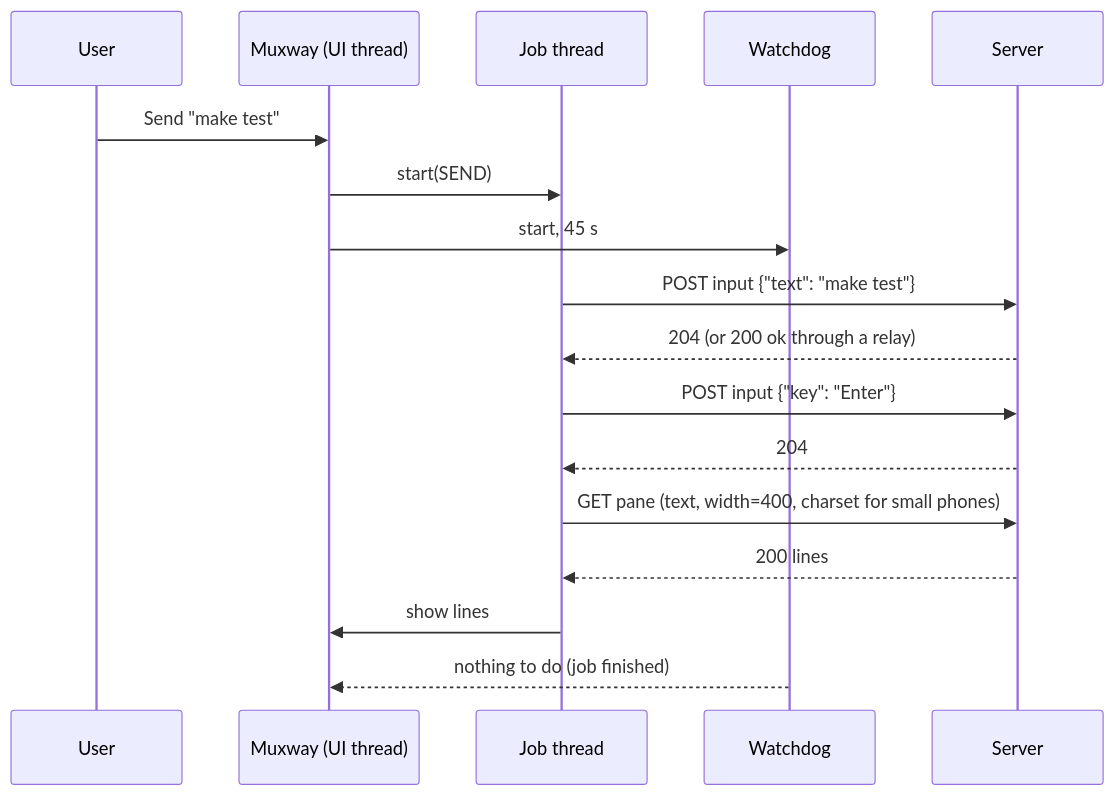
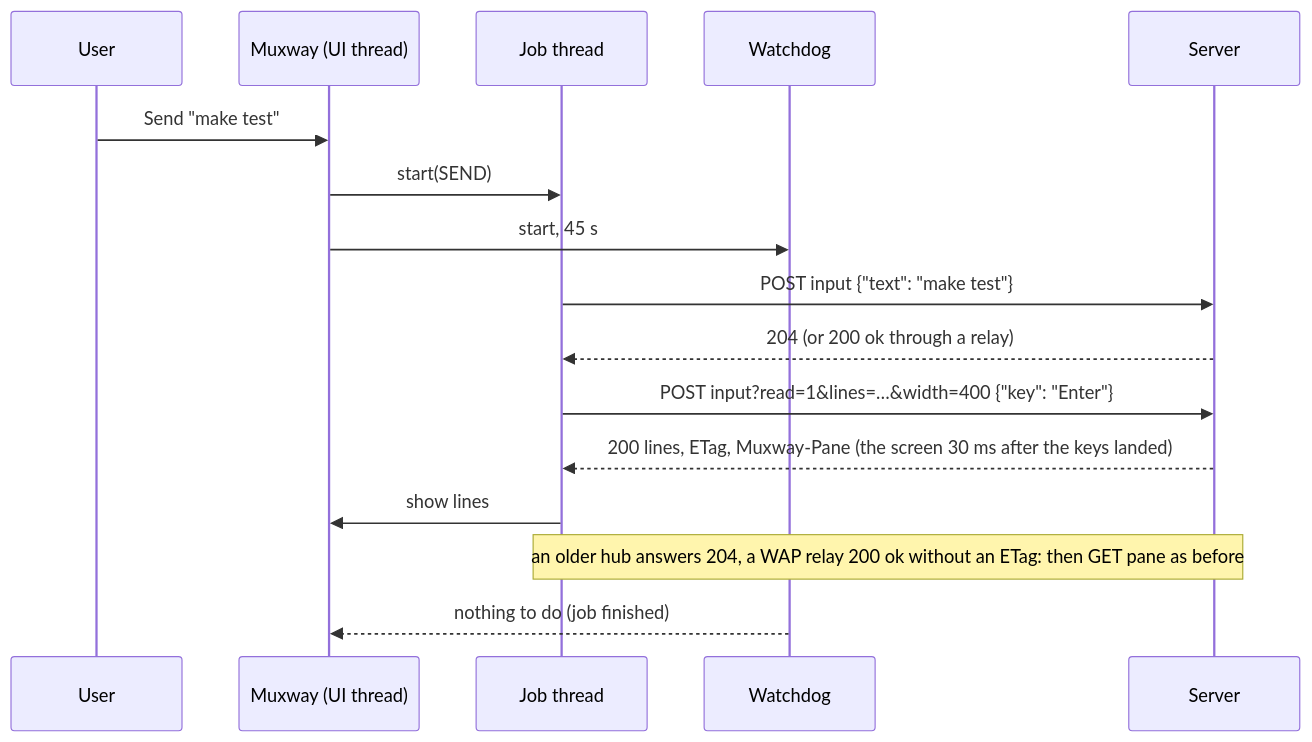
One commit to notmarkopadjen/muxway-midp changed the third of 3 diagrams in docs/ARCHITECTURE.md. Above: the diagram before and after it, drawn with Mermaid. The commit also changed other lines of this file and 4 other files, not shown here.

Commit message:
Docs: the key's echo in the pane view, the relay's two rules with the ETag, the request diagram and the query parameters; version 0.12.0

````diff
--- a/docs/ARCHITECTURE.md
+++ b/docs/ARCHITECTURE.md
@@ -137,19 +138,18 @@
 ```mermaid
 sequenceDiagram
     participant U as User
     participant M as Muxway (UI thread)
     participant J as Job thread
     participant W as Watchdog
     participant S as Server
     U->>M: Send "make test"
     M->>J: start(SEND)
     M->>W: start, 45 s
     J->>S: POST input {"text": "make test"}
     S-->>J: 204 (or 200 ok through a relay)
-    J->>S: POST input {"key": "Enter"}
-    S-->>J: 204
-    J->>S: GET pane (text, width=400, charset for small phones)
-    S-->>J: 200 lines
+    J->>S: POST input?read=1&lines=…&width=400 {"key": "Enter"}
+    S-->>J: 200 lines, ETag, Muxway-Pane (the screen 30 ms after the keys landed)
     J->>M: show lines
+    Note over J,S: an older hub answers 204, a WAP relay 200 ok without an ETag: then GET pane as before
     W-->>M: nothing to do (job finished)
 ```
````
